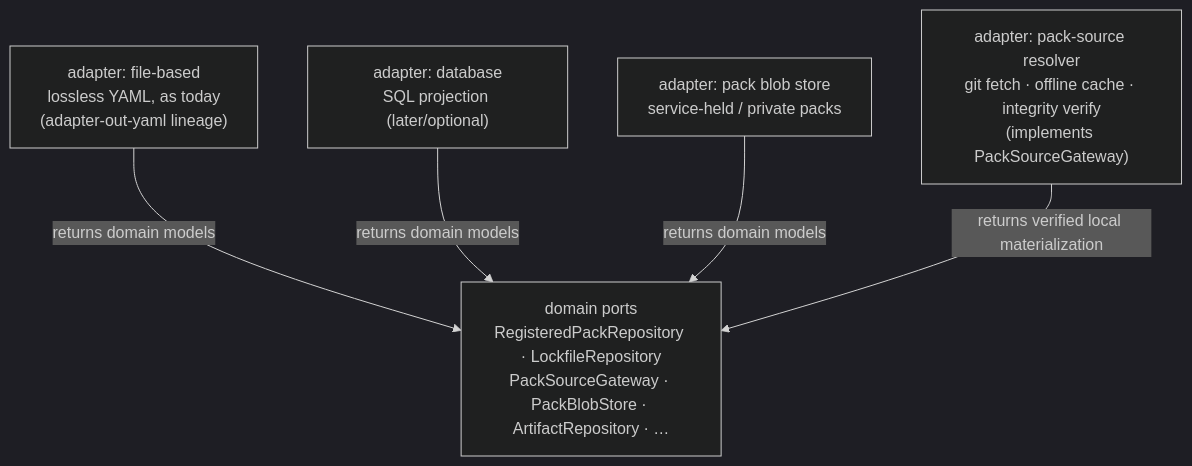
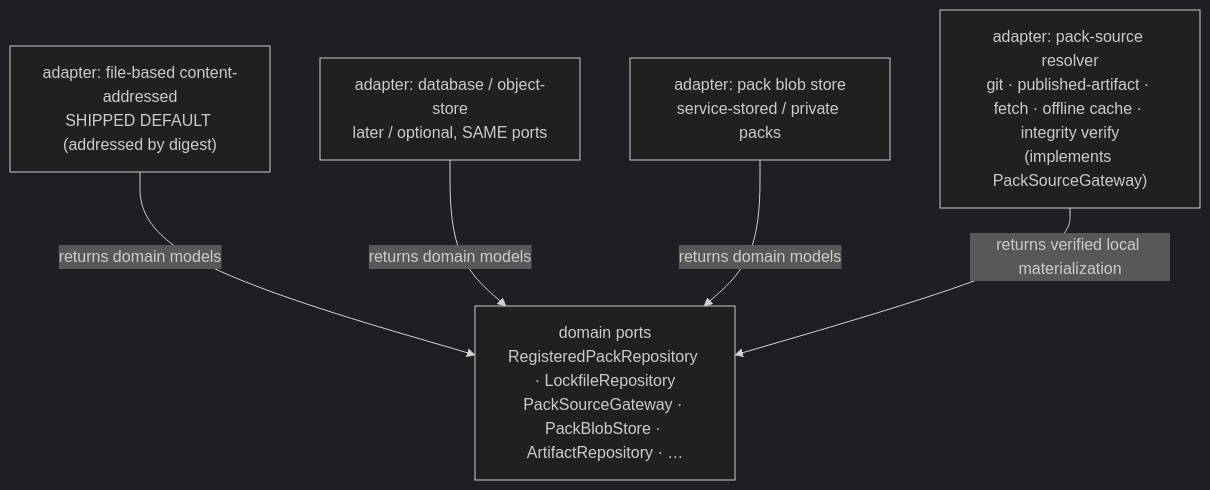
Before and after one commit to spec-kitty/spec-kitty-charter: the third of 4 diagrams in kitty-specs/pack-registration-distribution-01M56M49/architecture.md, drawn with Mermaid (dark theme). The commit also changed other lines of this file and 29 other files, not shown here.

First line of the commit message:
docs(plan): synthesize design — ADRs 0005-0007, architecture, BDD suite

````diff
--- a/kitty-specs/pack-registration-distribution-01M56M49/architecture.md
+++ b/kitty-specs/pack-registration-distribution-01M56M49/architecture.md
@@ -200,12 +204,12 @@
 ```mermaid
 flowchart TB
   dom["domain ports<br/>RegisteredPackRepository · LockfileRepository<br/>PackSourceGateway · PackBlobStore · ArtifactRepository · …"]
-  file["adapter: file-based<br/>lossless YAML, as today<br/>(adapter-out-yaml lineage)"]
-  db["adapter: database<br/>SQL projection (later/optional)"]
-  blob["adapter: pack blob store<br/>service-held / private packs"]
-  resolver["adapter: pack-source resolver<br/>git fetch · offline cache · integrity verify<br/>(implements PackSourceGateway)"]
+  file["adapter: file-based content-addressed<br/>SHIPPED DEFAULT (addressed by digest)"]
+  db["adapter: database / object-store<br/>later / optional, SAME ports"]
+  blob["adapter: pack blob store<br/>service-stored / private packs"]
+  resolver["adapter: pack-source resolver<br/>git · published-artifact · fetch · offline cache · integrity verify<br/>(implements PackSourceGateway)"]
   file -->|returns domain models| dom
   db -->|returns domain models| dom
   blob -->|returns domain models| dom
   resolver -->|returns verified local materialization| dom
 ```
````
